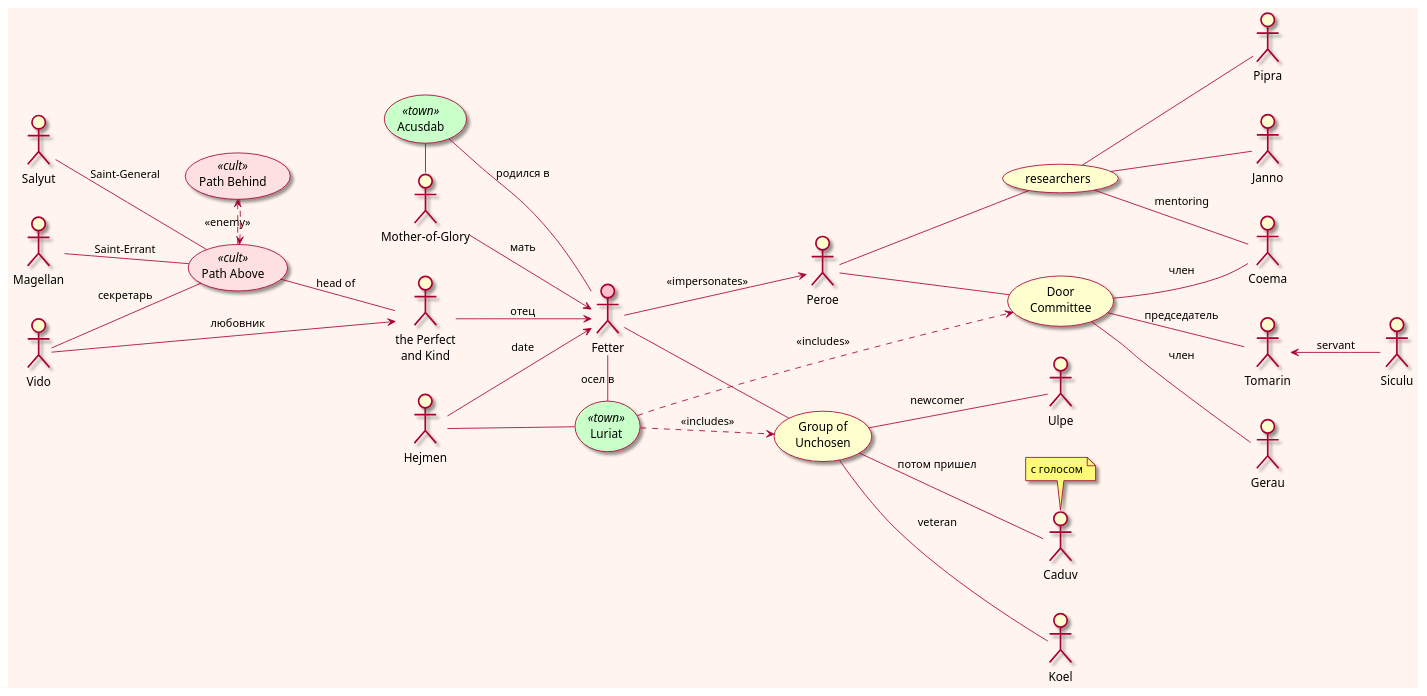
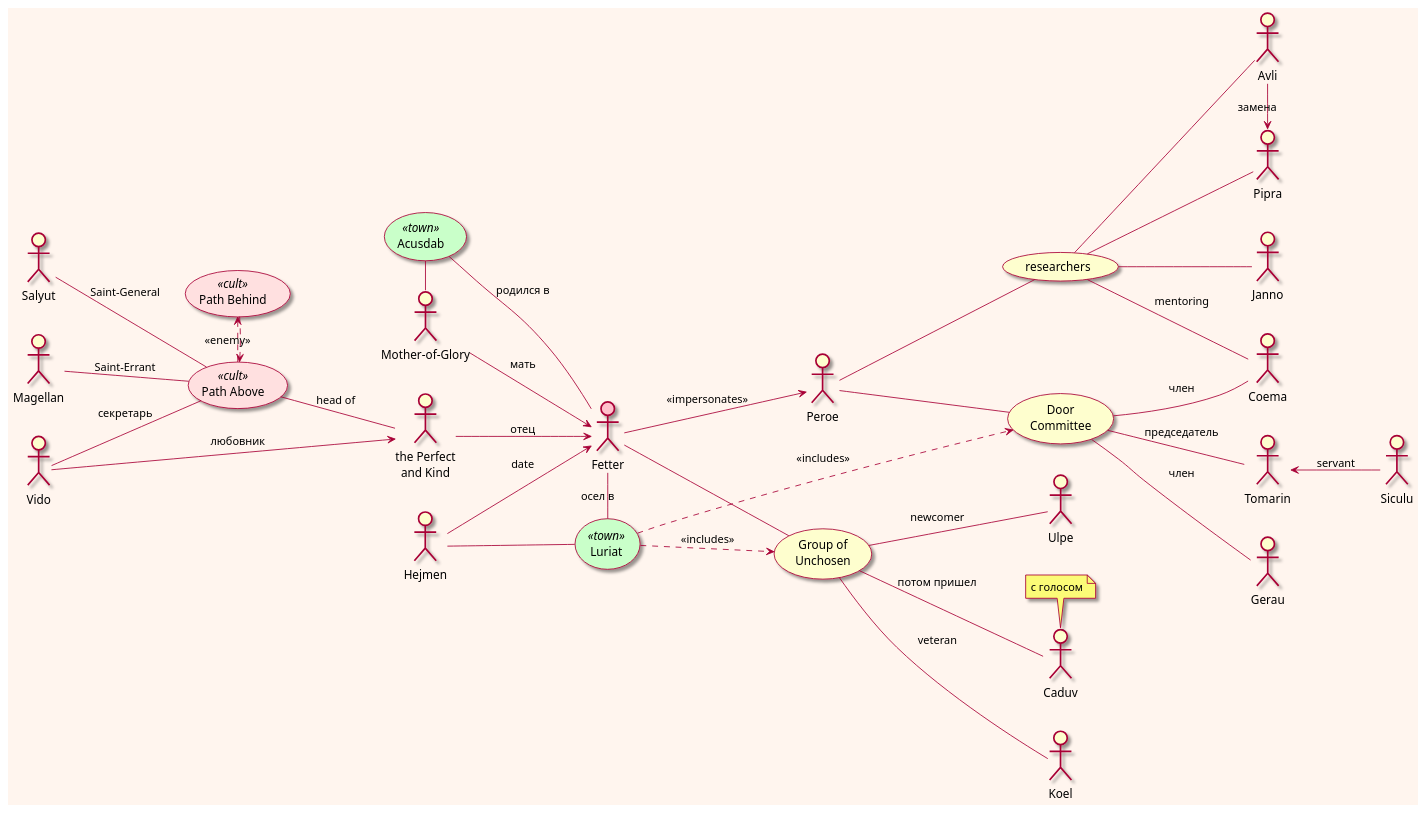
One commit to olek3/reading changed the diagram in The Saint of Bright Doors/The Saint of Bright Doors.puml. Above: the diagram before and after it, drawn with PlantUML.

```diff
--- a/The Saint of Bright Doors/The Saint of Bright Doors.puml
+++ b/The Saint of Bright Doors/The Saint of Bright Doors.puml
@@ -1,101 +1,105 @@
 @startuml
 
 'left to right direction
 skin rose
 skinparam backgroundcolor seashell
 skinparam wrapwidth 100
 left to right direction
 skinparam usecase<<town>>backgroundcolor technology
 skinparam usecase<<cult>>backgroundcolor implementation
 
 ' Chapter 1
 
 :Fetter: as fetter #pink
 
 :Mother-of-Glory: as mother
 
 :the Perfect and Kind: as father
 
 
 mother --> fetter : мать
 father --> fetter : отец
 
 (Acusdab) <<town>>
 
 (Acusdab) - mother
 (Acusdab) - fetter : родился в
 
 ' Chapter 3
 :Hejmen: as hejmen
 
 hejmen --> fetter : date
 
 (Luriat) as luriat <<town>>
 
 hejmen -- luriat
 fetter - luriat : осел в
 
 (Group of Unchosen) as group
 
 fetter -- group
 
 luriat ..> group : <<includes>>
 
 :Koel:
 :Ulpe:
 
 group -- :Koel: : veteran
 group -- :Ulpe: : newcomer
 
 ' Chapter 4
 
 group -- :Caduv: : потом пришел
 
 note "с голосом"  as caduvNote
 caduvNote . :Caduv:
 
 ' Chapter 7
 
 (Path Above) as above <<cult>>
 (Path Behind) as behind <<cult>>
 above .> behind : <<enemy>>
 behind .> above
 
 above -- father : head of
 
 Salyut -- above : Saint-General
 
 
 ' Chapter 8
 :Peroe:
 
 fetter --> :Peroe: : <<impersonates>>
 
 :Peroe: -- (Door Committee )
 
 
 (Door Committee ) -- :Tomarin: : председатель
 :Tomarin: <-- :Siculu: : servant
 
 luriat ...> (Door Committee ) : <<includes>>
 
 (Door Committee ) -- :Gerau: : член
 (Door Committee ) -- :Coema: : член
 
 (researchers) -- :Coema: : mentoring
 (researchers) -- :Pipra:
 
 :Peroe: -- (researchers)
 
 ' Chapter 9
 
 (researchers) -- :Janno:
 
 ' Chapter 12
 
 :Magellan: -- above : Saint-Errant
 :Vido: -- above : секретарь
 
 :Vido: --> father : любовник
 
+(researchers) -- :Avli:
+
+:Avli: -> :Pipra: : замена 
+
 @enduml
```
